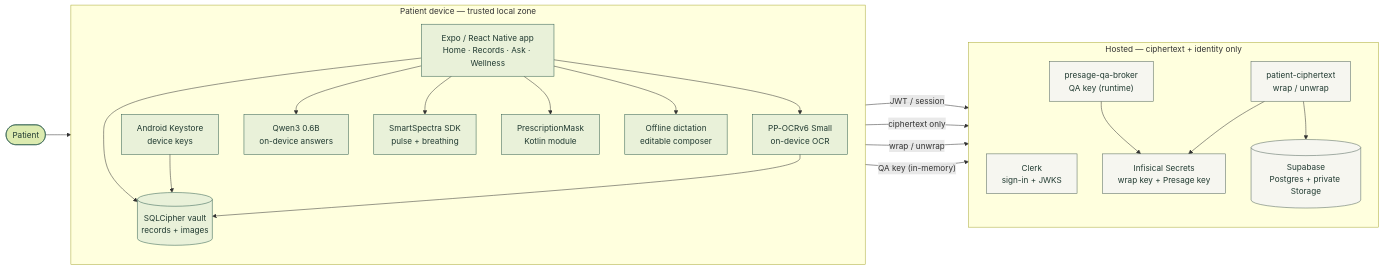
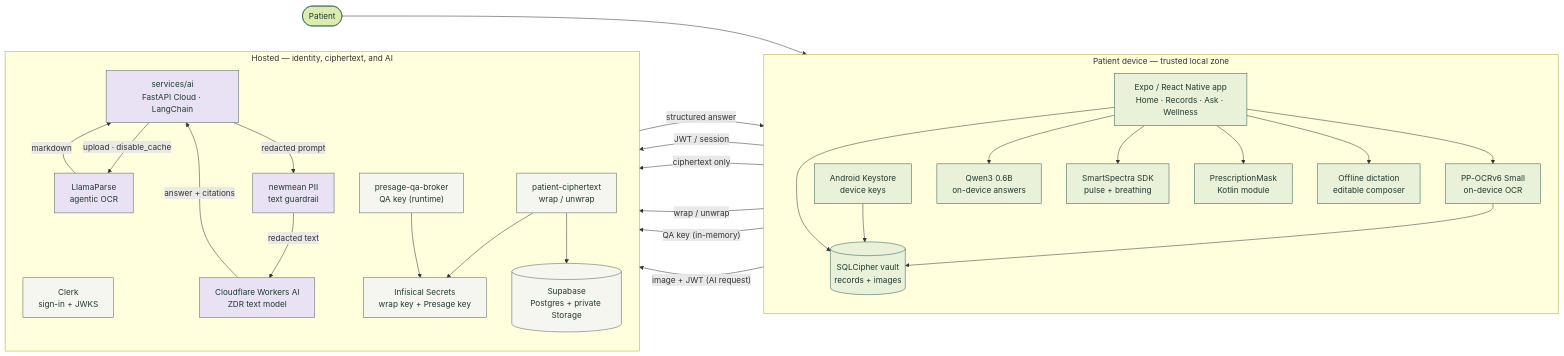
Before and after one commit to ShatilKhan/zoe: the first of 3 diagrams in README.md, drawn with Mermaid. The commit also changed other lines of this file and 18 other files, not shown here.

Commit message:
feat: add LangChain AI service with LlamaParse OCR, PII guardrail, Workers AI

````diff
--- a/README.md
+++ b/README.md
@@ -13,49 +13,62 @@
 ```mermaid
 flowchart LR
     patient([Patient])
 
     subgraph DEVICE["Patient device — trusted local zone"]
         direction TB
         UI["Expo / React Native app<br/>Home · Records · Ask · Wellness"]
         VAULT[("SQLCipher vault<br/>records + images")]
         KEYS["Android Keystore<br/>device keys"]
         OCR["PP-OCRv6 Small<br/>on-device OCR"]
         LLM["Qwen3 0.6B<br/>on-device answers"]
         SENSOR["SmartSpectra SDK<br/>pulse + breathing"]
         MASK["PrescriptionMask<br/>Kotlin module"]
         SPEECH["Offline dictation<br/>editable composer"]
 
         UI --> VAULT
         KEYS --> VAULT
         UI --> OCR --> VAULT
         UI --> LLM
         UI --> SENSOR
         UI --> MASK
         UI --> SPEECH
     end
 
-    subgraph HOSTED["Hosted — ciphertext + identity only"]
+    subgraph HOSTED["Hosted — identity, ciphertext, and AI"]
         direction TB
         CLERK["Clerk<br/>sign-in + JWKS"]
         SUPA[("Supabase<br/>Postgres + private Storage")]
         FN_CIPHER["patient-ciphertext<br/>wrap / unwrap"]
         FN_BROKER["presage-qa-broker<br/>QA key (runtime)"]
         INFISICAL["Infisical Secrets<br/>wrap key + Presage key"]
+        AI["services/ai<br/>FastAPI Cloud · LangChain"]
+        PII["newmean PII<br/>text guardrail"]
+        LP["LlamaParse<br/>agentic OCR"]
+        WAI["Cloudflare Workers AI<br/>ZDR text model"]
     end
 
     patient --> UI
     UI -- "JWT / session" --> CLERK
     UI -- "ciphertext only" --> SUPA
     UI -- "wrap / unwrap" --> FN_CIPHER
     UI -- "QA key (in-memory)" --> FN_BROKER
+    UI -- "image + JWT (AI request)" --> AI
+    AI -- "upload · disable_cache" --> LP
+    LP -- "markdown" --> AI
+    AI -- "redacted prompt" --> PII
+    PII -- "redacted text" --> WAI
+    WAI -- "answer + citations" --> AI
+    AI -- "structured answer" --> UI
     FN_CIPHER --> INFISICAL
     FN_CIPHER --> SUPA
     FN_BROKER --> INFISICAL
 
     classDef local fill:#E9F1D9,stroke:#2F5D4F,color:#203A31;
     classDef hosted fill:#F6F6F0,stroke:#50645A,color:#203A31;
+    classDef ai fill:#E9E2F5,stroke:#50645A,color:#203A31;
     classDef actor fill:#DCEBB0,stroke:#2F5D4F,color:#203A31;
     class UI,VAULT,KEYS,OCR,LLM,SENSOR,MASK,SPEECH local;
     class CLERK,SUPA,FN_CIPHER,FN_BROKER,INFISICAL hosted;
+    class AI,PII,LP,WAI ai;
     class patient actor;
 ```
````
